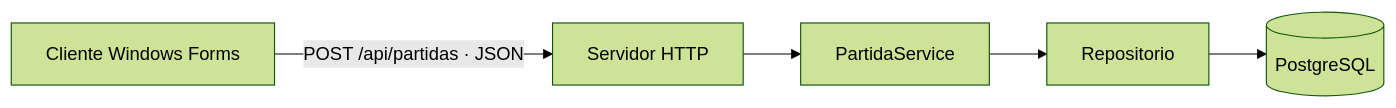
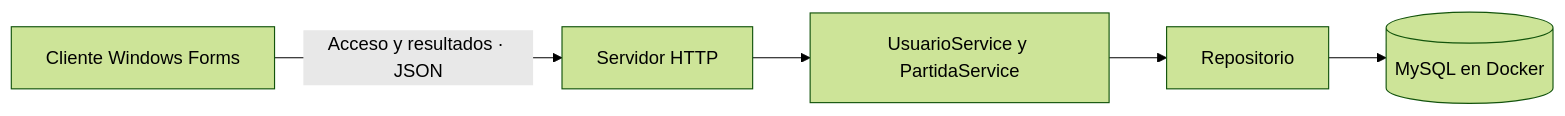
The diagram in docs/DISENO-AVION.md (slim-carrasco/juego-de-aviones), drawn with Mermaid (forest theme) before and after one commit. The commit also changed other lines of this file and 22 other files, not shown here.

````diff
--- a/docs/DISENO-AVION.md
+++ b/docs/DISENO-AVION.md
@@ -36,7 +36,7 @@
 ```mermaid
 flowchart LR
-    C[Cliente Windows Forms] -->|POST /api/partidas · JSON| S[Servidor HTTP]
-    S --> U[PartidaService]
+    C[Cliente Windows Forms] -->|Acceso y resultados · JSON| S[Servidor HTTP]
+    S --> U[UsuarioService y PartidaService]
     U --> R[Repositorio]
-    R --> D[(PostgreSQL)]
+    R --> D[(MySQL en Docker)]
 ```
````
